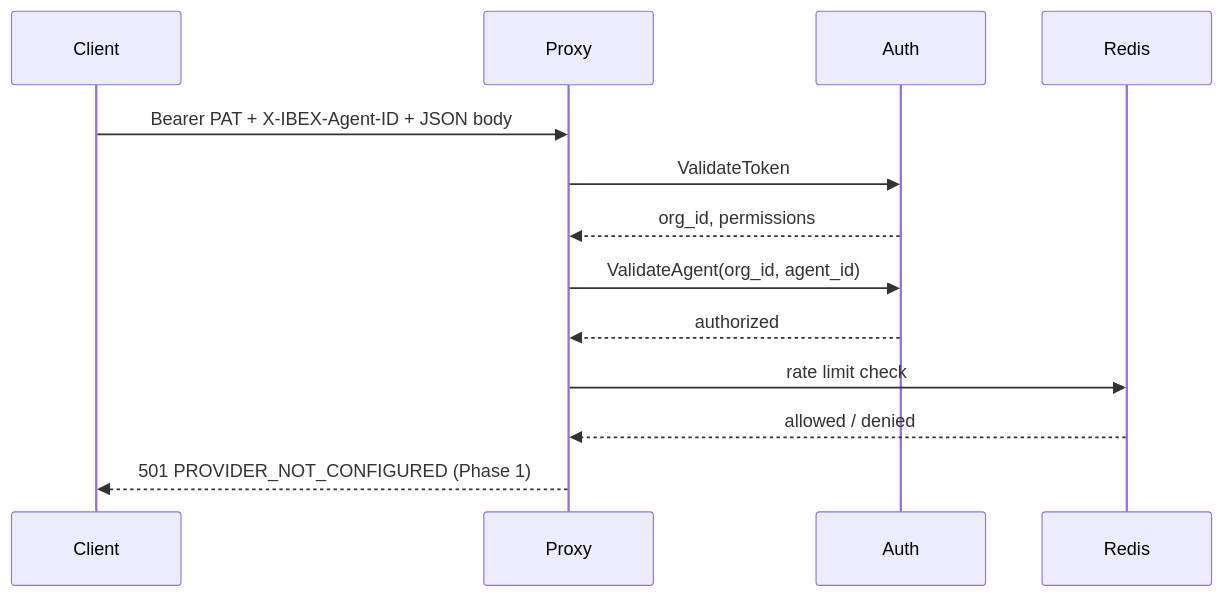
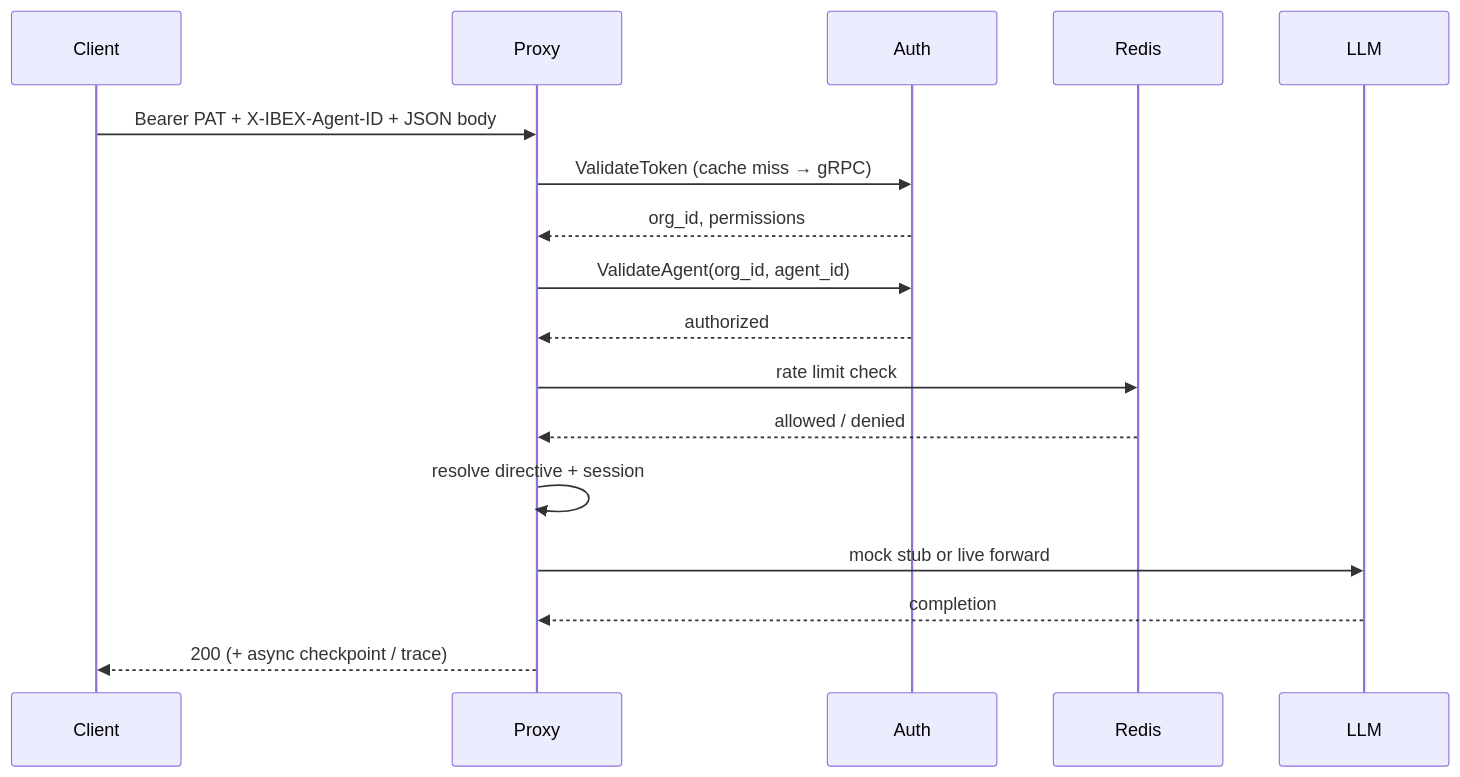
The first of 2 diagrams in web/content/docs/getting-started/concepts.mdx (Rick1330/ibex-harness), drawn with Mermaid before and after one commit. The commit also changed other lines of this file and 12 other files, not shown here.

````diff
--- a/web/content/docs/getting-started/concepts.mdx
+++ b/web/content/docs/getting-started/concepts.mdx
@@ -45,16 +50,20 @@
 ```mermaid
 sequenceDiagram
   participant C as Client
   participant P as Proxy
   participant A as Auth
   participant R as Redis
+  participant L as LLM
 
   C->>P: Bearer PAT + X-IBEX-Agent-ID + JSON body
-  P->>A: ValidateToken
+  P->>A: ValidateToken (cache miss → gRPC)
   A-->>P: org_id, permissions
   P->>A: ValidateAgent(org_id, agent_id)
   A-->>P: authorized
   P->>R: rate limit check
   R-->>P: allowed / denied
-  P-->>C: 501 PROVIDER_NOT_CONFIGURED (Phase 1)
+  P->>P: resolve directive + session
+  P->>L: mock stub or live forward
+  L-->>P: completion
+  P-->>C: 200 (+ async checkpoint / trace)
 ```
````
